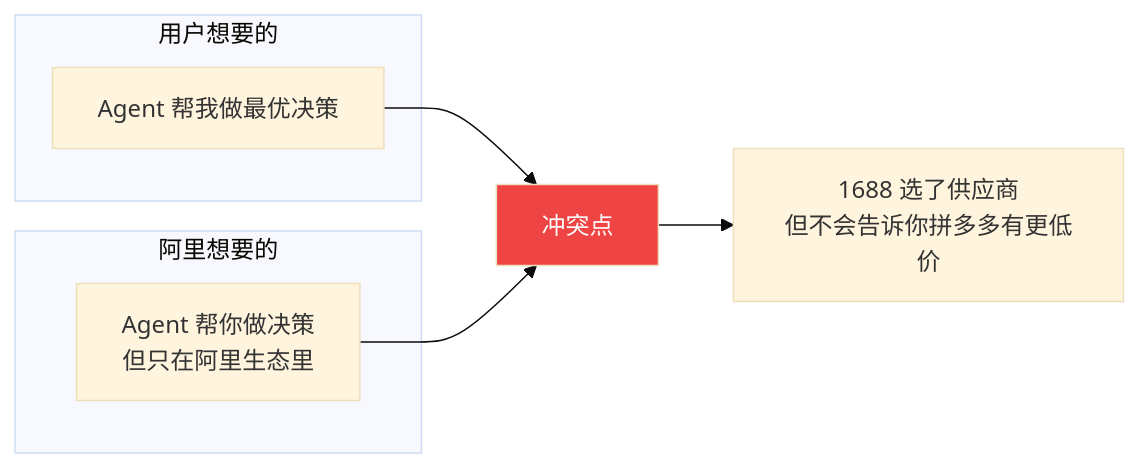
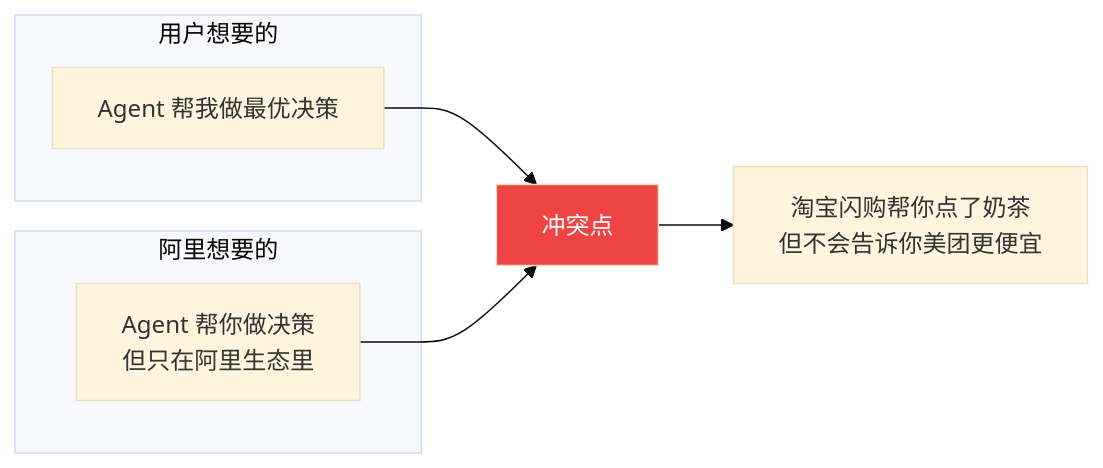
The third of 8 diagrams in content/zh/posts/visual-vs-api-permission.md (Trashwbin/quill), drawn with Mermaid (base theme) before and after one commit. The commit also changed other lines of this file and 1 other file, not shown here.

````diff
--- a/content/zh/posts/visual-vs-api-permission.md
+++ b/content/zh/posts/visual-vs-api-permission.md
@@ -84,16 +90,16 @@
 ```mermaid
 graph LR
     subgraph "用户想要的"
         U["Agent 帮我做最优决策"]
     end
     
     subgraph "阿里想要的"
         A["Agent 帮你做决策<br/>但只在阿里生态里"]
     end
     
     U --> Gap["冲突点"]
     A --> Gap
-    Gap --> Result["1688 选了供应商<br/>但不会告诉你拼多多有更低价"]
+    Gap --> Result["淘宝闪购帮你点了奶茶<br/>但不会告诉你美团更便宜"]
     
     style Gap fill:#ef4444,color:#fff
 ```
````
